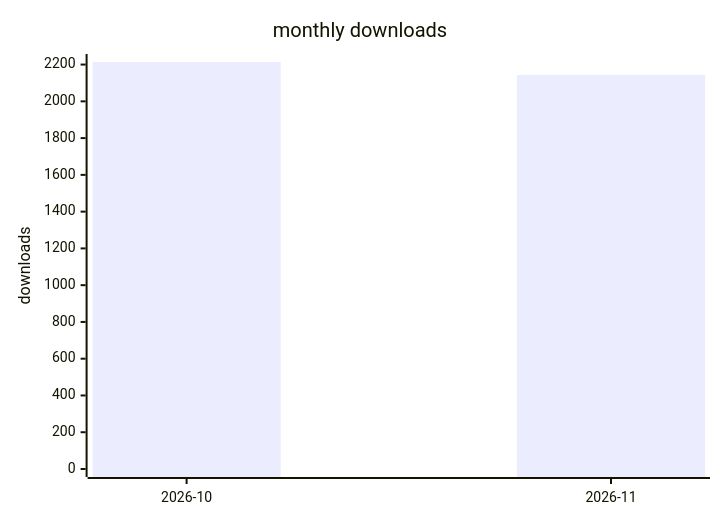
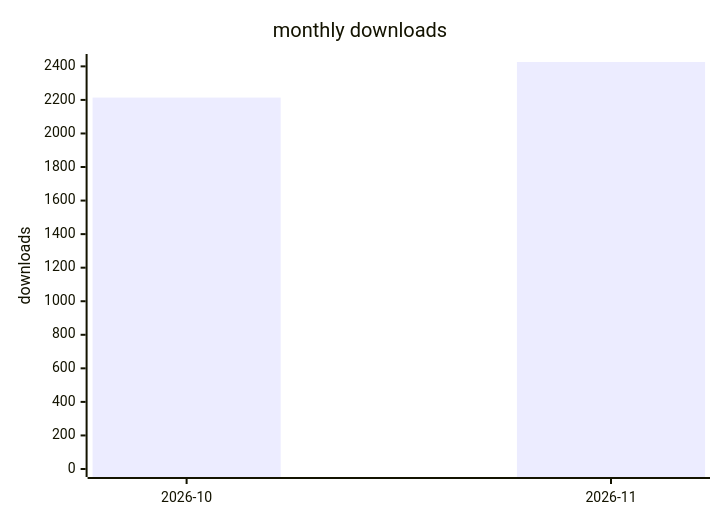
The second of 2 diagrams in docs/downloads-2026.md (terry2010/dsh-rss-news-daily), drawn with Mermaid before and after one commit. The commit also changed other lines of this file and 1 other file, not shown here.

````diff
--- a/docs/downloads-2026.md
+++ b/docs/downloads-2026.md
@@ -29,7 +29,7 @@
 ```mermaid
 xychart-beta
     title "monthly downloads"
     x-axis ["2026-10", "2026-11"]
-    y-axis "downloads" 0 --> 2214
-    bar [2214, 2143]
+    y-axis "downloads" 0 --> 2426
+    bar [2214, 2426]
 ```
````
